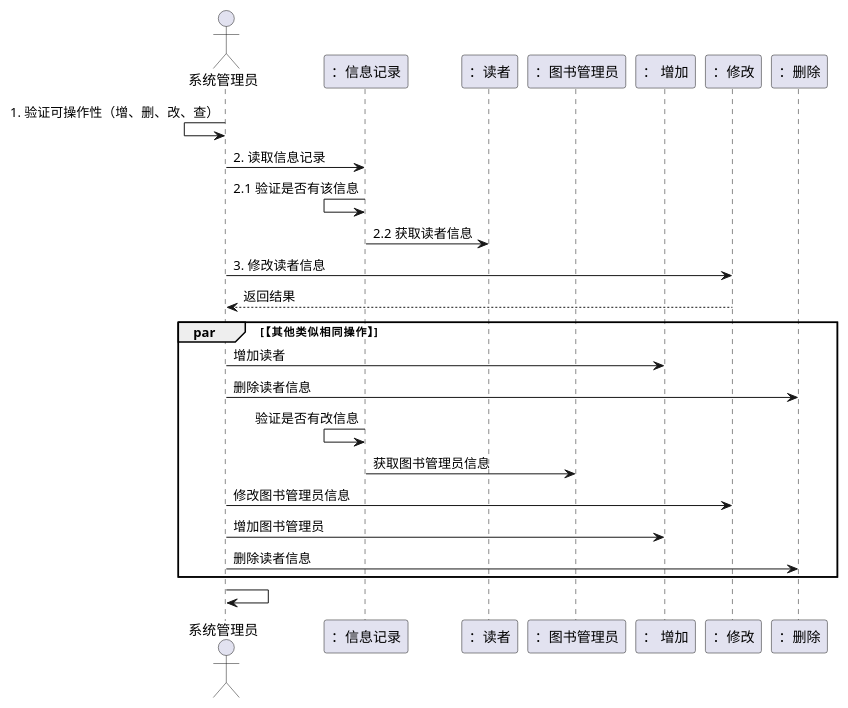
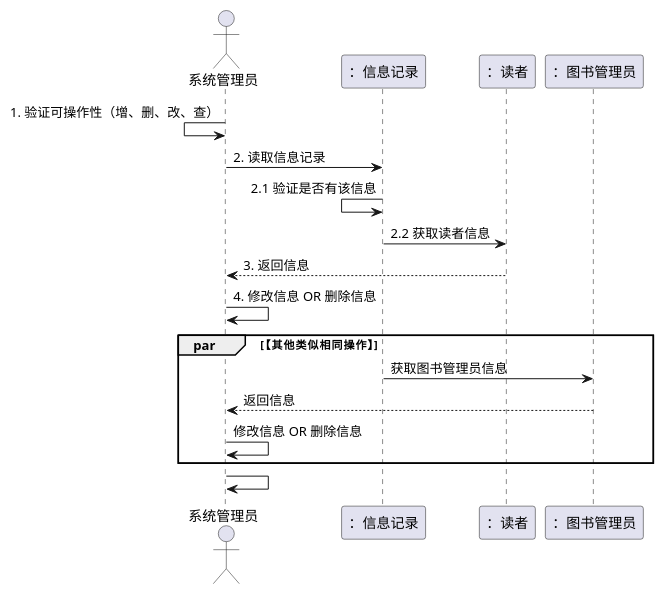
The second of 7 diagrams in test4/README.md (zqiheng/is_analysis), drawn with PlantUML before and after one commit. The commit also changed 6 other files, not shown here.

```diff
--- a/test4/README.md
+++ b/test4/README.md
@@ -37,29 +37,20 @@
 @startuml
-
 actor 系统管理员 as SM
 participant "：信息记录" as re
 participant "：读者" as read
 participant "：图书管理员" as BM
-participant "： 增加" as save
-participant "：修改" as update
-participant "：删除" as delete
 
 SM <- SM: 1. 验证可操作性（增、删、改、查）
 SM -> re: 2. 读取信息记录
 re <- re: 2.1 验证是否有该信息
 re -> read: 2.2 获取读者信息
-SM -> update: 3. 修改读者信息
-SM <-- update: 返回结果
+SM <-- read: 3. 返回信息
+SM -> SM:4. 修改信息 OR 删除信息
 
 par 【其他类似相同操作】
-SM -> save: 增加读者
-SM -> delete: 删除读者信息
-
-re<- re: 验证是否有改信息
 re -> BM: 获取图书管理员信息
-SM -> update: 修改图书管理员信息
-SM -> save: 增加图书管理员
-SM -> delete: 删除读者信息
+SM <-- BM: 返回信息
+SM -> SM:修改信息 OR 删除信息
 end
 SM -> SM
 @enduml
```
